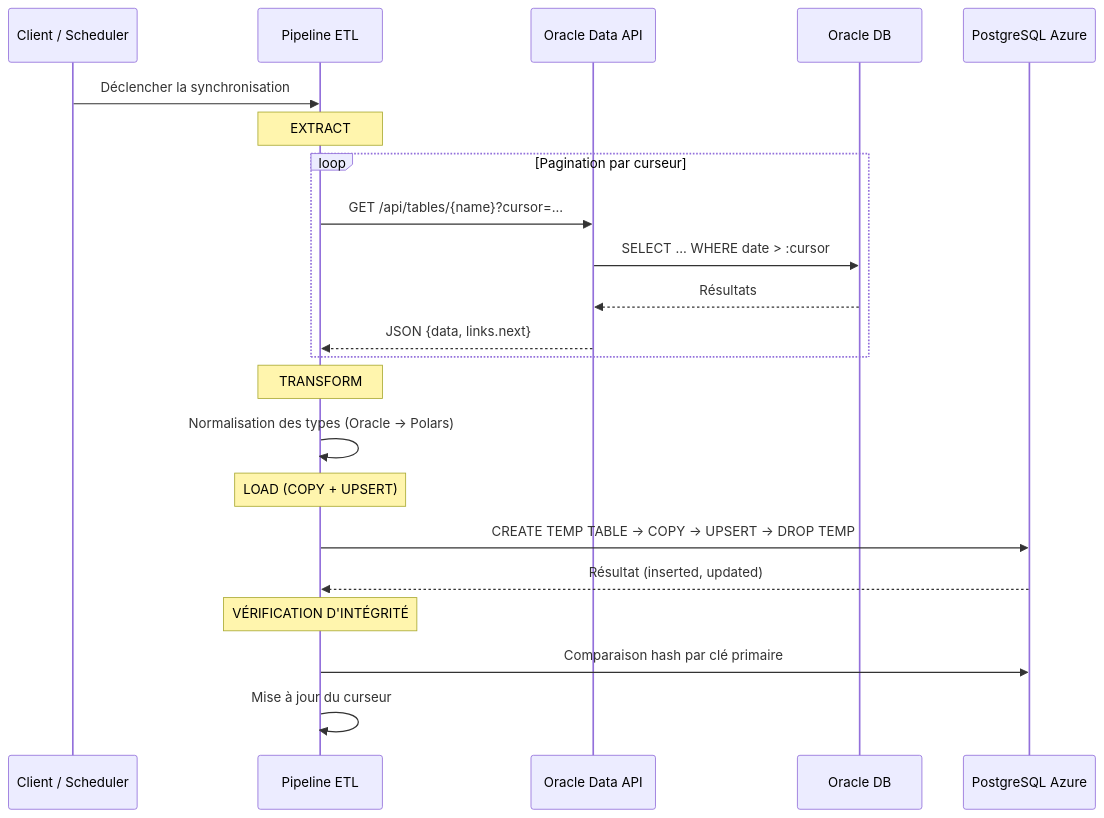
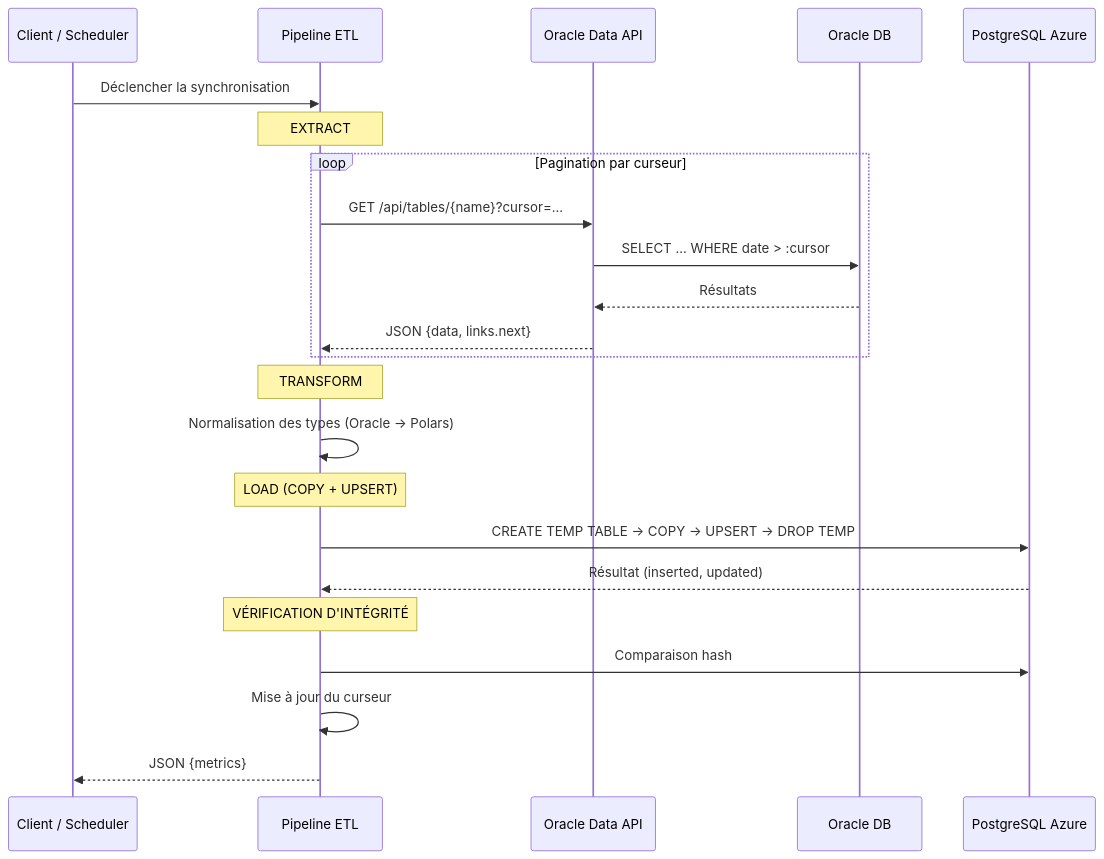
One commit to Ceynou/slidev-fil-rouge changed the second of 3 diagrams in slides/slidev-stage/slides.md. Above: the diagram before and after it, drawn with Mermaid. The commit also changed other lines of this file and 23 other files, not shown here.

````diff
--- a/slides/slidev-stage/slides.md
+++ b/slides/slidev-stage/slides.md
@@ -285,29 +359,30 @@
 ```mermaid {scale: 0.45}
 sequenceDiagram
     participant Client as Client / Scheduler
     participant Pipeline as Pipeline ETL
     participant API as Oracle Data API
     participant Oracle as Oracle DB
     participant PG as PostgreSQL Azure
 
     Client->>Pipeline: Déclencher la synchronisation
 
     Note over Pipeline: EXTRACT
     loop Pagination par curseur
         Pipeline->>API: GET /api/tables/{name}?cursor=...
         API->>Oracle: SELECT ... WHERE date > :cursor
         Oracle-->>API: Résultats
         API-->>Pipeline: JSON {data, links.next}
     end
 
     Note over Pipeline: TRANSFORM
     Pipeline->>Pipeline: Normalisation des types (Oracle → Polars)
 
     Note over Pipeline: LOAD (COPY + UPSERT)
     Pipeline->>PG: CREATE TEMP TABLE → COPY → UPSERT → DROP TEMP
     PG-->>Pipeline: Résultat (inserted, updated)
 
     Note over Pipeline: VÉRIFICATION D'INTÉGRITÉ
-    Pipeline->>PG: Comparaison hash par clé primaire
+    Pipeline->>PG: Comparaison hash
     Pipeline->>Pipeline: Mise à jour du curseur
+    Pipeline-->>Client: JSON {metrics}
 ```
````
